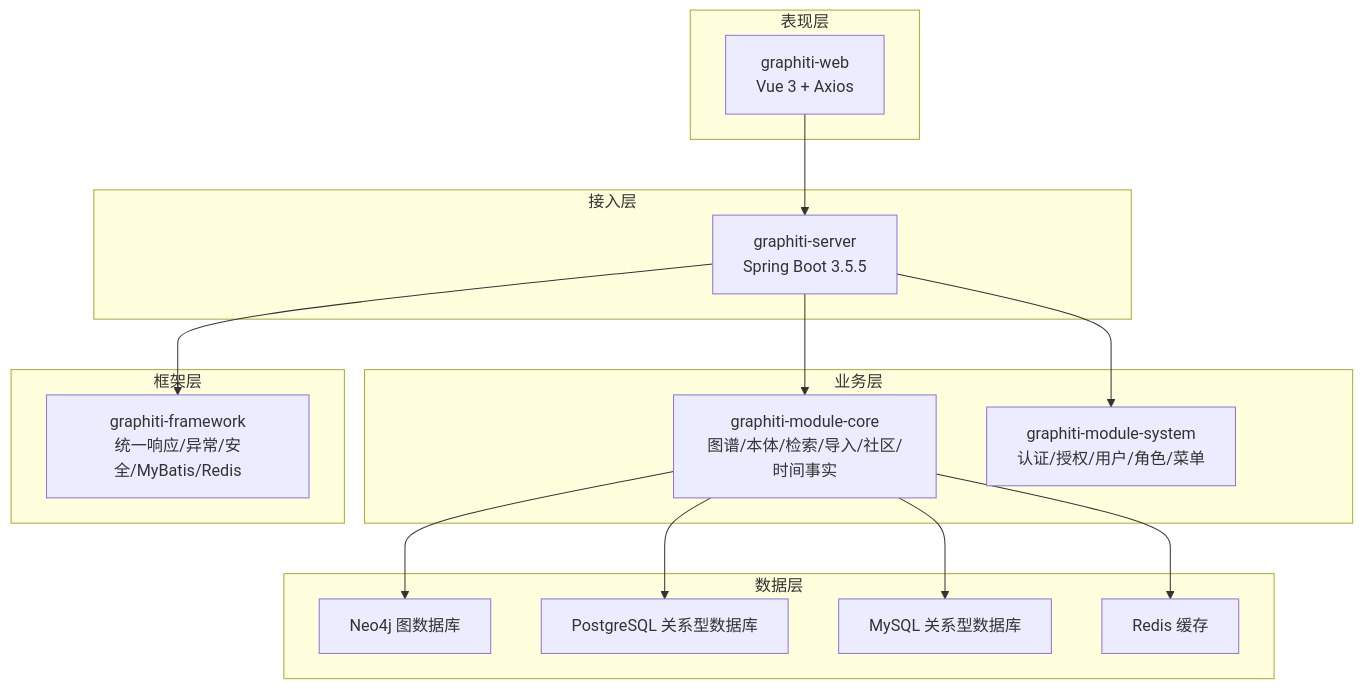
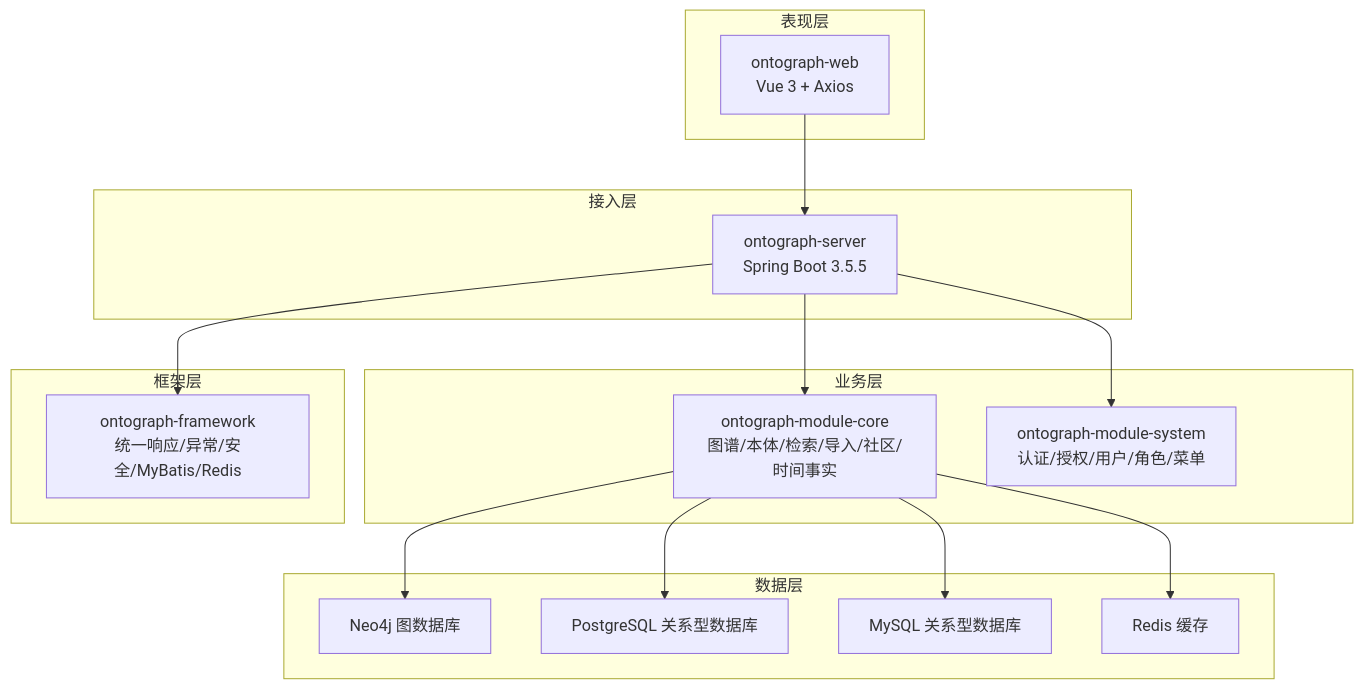
Before and after one commit to joezxh/graphiti-java: the second of 7 diagrams in docs/manual/项目概述/架构总览.md, drawn with Mermaid. The commit also changed other lines of this file and 200 other files, not shown here.

````diff
--- a/docs/manual/项目概述/架构总览.md
+++ b/docs/manual/项目概述/架构总览.md
@@ -118,30 +118,30 @@
 ```mermaid
 graph TB
 subgraph "表现层"
-WEB[graphiti-web<br/>Vue 3 + Axios]
+WEB[ontograph-web<br/>Vue 3 + Axios]
 end
 subgraph "接入层"
-SERVER[graphiti-server<br/>Spring Boot 3.5.5]
+SERVER[ontograph-server<br/>Spring Boot 3.5.5]
 end
 subgraph "业务层"
-CORE[graphiti-module-core<br/>图谱/本体/检索/导入/社区/时间事实]
-SYS[graphiti-module-system<br/>认证/授权/用户/角色/菜单]
+CORE[ontograph-module-core<br/>图谱/本体/检索/导入/社区/时间事实]
+SYS[ontograph-module-system<br/>认证/授权/用户/角色/菜单]
 end
 subgraph "框架层"
-FRAMEWORK[graphiti-framework<br/>统一响应/异常/安全/MyBatis/Redis]
+FRAMEWORK[ontograph-framework<br/>统一响应/异常/安全/MyBatis/Redis]
 end
 subgraph "数据层"
 NEO4J[Neo4j 图数据库]
 PG[PostgreSQL 关系型数据库]
 MYSQL[MySQL 关系型数据库]
 REDIS[Redis 缓存]
 end
 WEB --> SERVER
 SERVER --> FRAMEWORK
 SERVER --> CORE
 SERVER --> SYS
 CORE --> NEO4J
 CORE --> PG
 CORE --> MYSQL
 CORE --> REDIS
 ```
````
